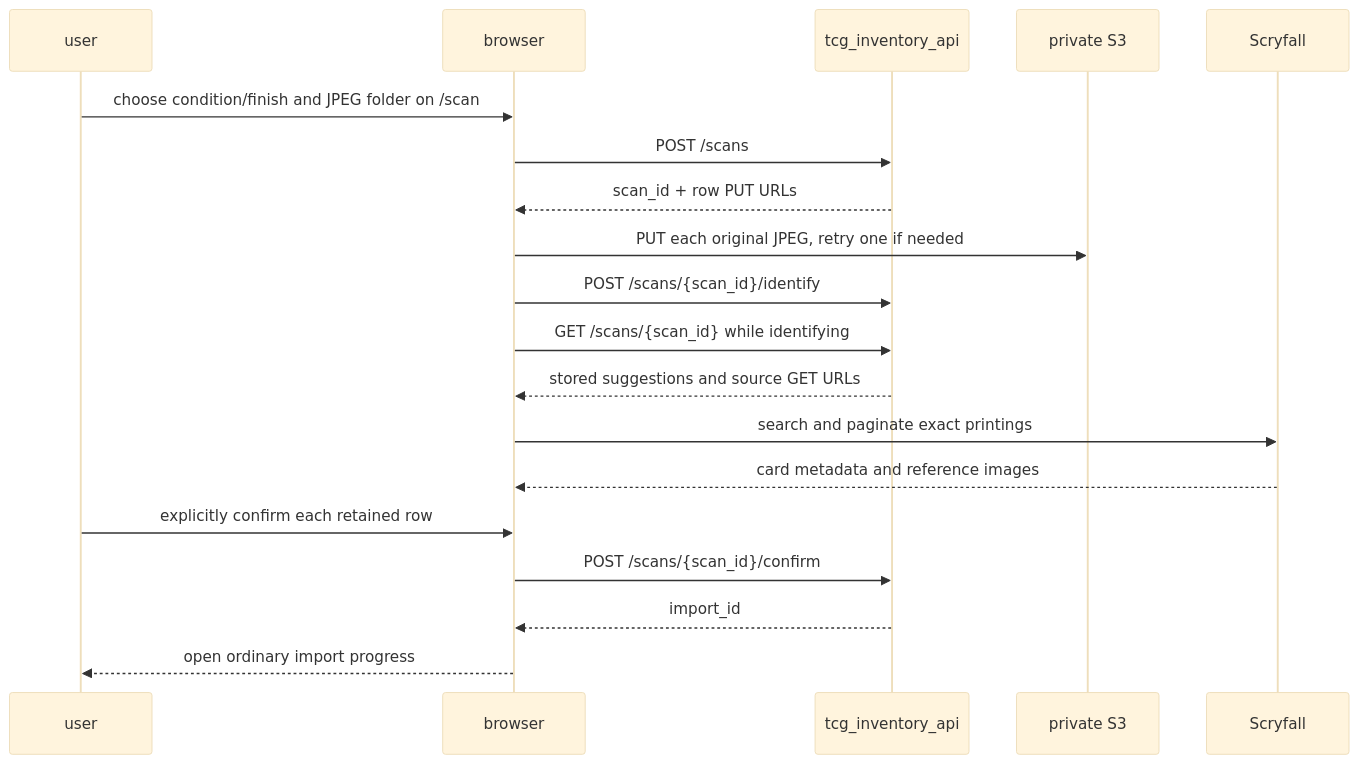
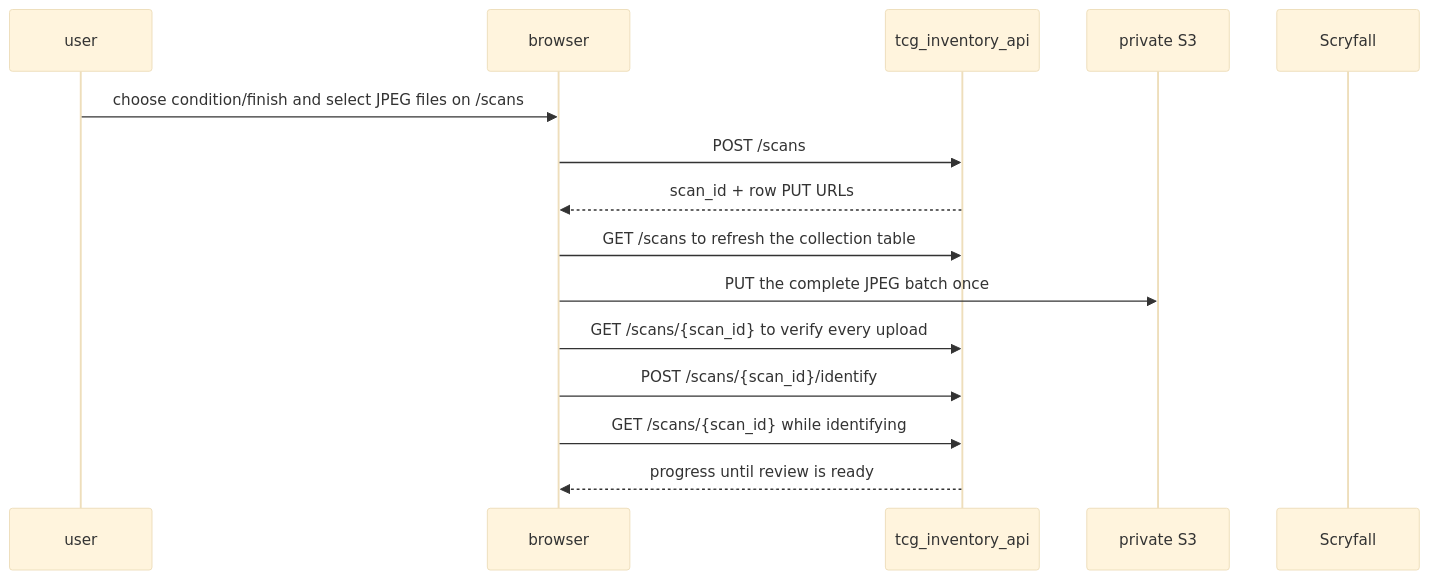
Before and after one commit to jordansimsmith/jordansimsmith-com: the third of 3 diagrams in tcg_inventory_web/README.md, drawn with Mermaid (base theme). The commit also changed other lines of this file and 15 other files, not shown here.

Commit message:
Implement batch scan intake workflow

````diff
--- a/tcg_inventory_web/README.md
+++ b/tcg_inventory_web/README.md
@@ -97,22 +97,18 @@
 ```mermaid
 sequenceDiagram
   participant U as user
   participant W as browser
   participant A as tcg_inventory_api
   participant S as private S3
   participant C as Scryfall
 
-  U->>W: choose condition/finish and JPEG folder on /scan
+  U->>W: choose condition/finish and select JPEG files on /scans
   W->>A: POST /scans
   A-->>W: scan_id + row PUT URLs
-  W->>S: PUT each original JPEG, retry one if needed
+  W->>A: GET /scans to refresh the collection table
+  W->>S: PUT the complete JPEG batch once
+  W->>A: GET /scans/{scan_id} to verify every upload
   W->>A: POST /scans/{scan_id}/identify
   W->>A: GET /scans/{scan_id} while identifying
-  A-->>W: stored suggestions and source GET URLs
-  W->>C: search and paginate exact printings
-  C-->>W: card metadata and reference images
-  U->>W: explicitly confirm each retained row
-  W->>A: POST /scans/{scan_id}/confirm
-  A-->>W: import_id
-  W-->>U: open ordinary import progress
+  A-->>W: progress until review is ready
 ```
````
